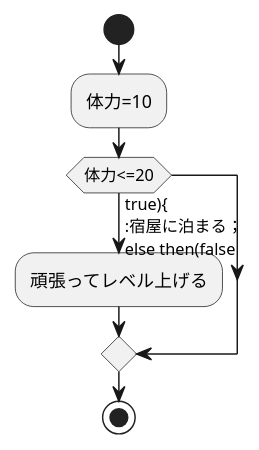
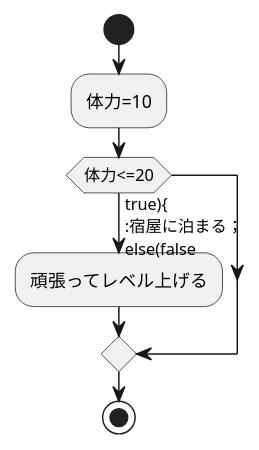
One commit to Aso2001397/2021sys-design changed the diagram in kadai.md. Above: the diagram before and after it, drawn with PlantUML.

````diff
--- a/kadai.md
+++ b/kadai.md
@@ -1,11 +1,11 @@
 ```uml
 @startuml
 start
 :体力=10;
 if(体力<=20)then(true){
 :宿屋に泊まる；
-else then(false)
+else(false)
 :頑張ってレベル上げる;
 endif
 stop
 ```
````
